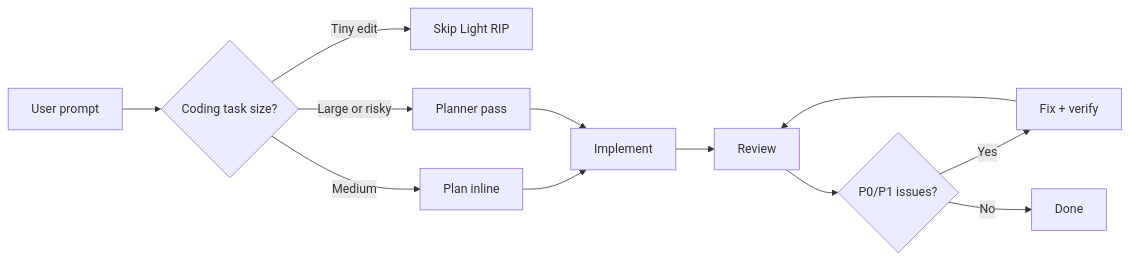
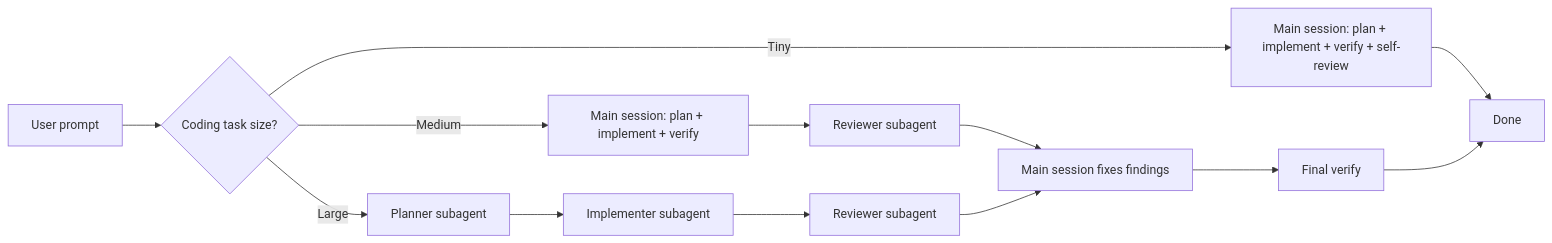
Before and after one commit to x1han/light-rip: the first of 3 diagrams in README.md, drawn with Mermaid. The commit also changed other lines of this file, not shown here.

````diff
--- a/README.md
+++ b/README.md
@@ -7,14 +13,15 @@
 ```mermaid
 flowchart LR
     A["User prompt"] --> B{"Coding task size?"}
-    B -->|"Tiny edit"| C["Skip Light RIP"]
-    B -->|"Medium"| D["Plan inline"]
-    B -->|"Large or risky"| E["Planner pass"]
-    D --> F["Implement"]
-    E --> F
-    F --> G["Review"]
-    G --> H{"P0/P1 issues?"}
-    H -->|"Yes"| I["Fix + verify"]
-    I --> G
-    H -->|"No"| J["Done"]
+    B -->|"Tiny"| C["Main session: plan + implement + verify + self-review"]
+    B -->|"Medium"| D["Main session: plan + implement + verify"]
+    D --> E["Reviewer subagent"]
+    B -->|"Large"| F["Planner subagent"]
+    F --> G["Implementer subagent"]
+    G --> H["Reviewer subagent"]
+    E --> I["Main session fixes findings"]
+    H --> I
+    C --> J["Done"]
+    I --> K["Final verify"]
+    K --> J
 ```
````
